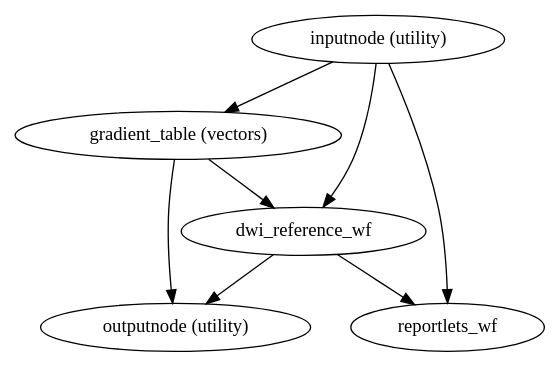
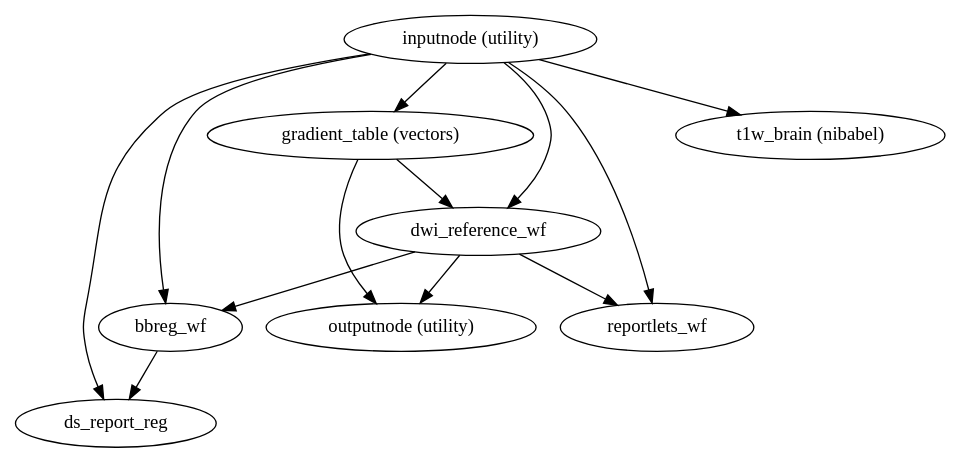
One commit to nipreps/dmriprep changed the diagram in wf_directive/api/dwi_preproc_wf/dmriprep-workflows-dwi-base-1.dot. Above: the diagram before and after it, drawn with Graphviz. The commit also changed 382 other files, not shown here.

```diff
--- a/wf_directive/api/dwi_preproc_wf/dmriprep-workflows-dwi-base-1.dot
+++ b/wf_directive/api/dwi_preproc_wf/dmriprep-workflows-dwi-base-1.dot
@@ -1,14 +1,22 @@
 strict digraph  {
 "inputnode (utility)";
 "gradient_table (vectors)";
 dwi_reference_wf;
+bbreg_wf;
+"t1w_brain (nibabel)";
+ds_report_reg;
 reportlets_wf;
 "outputnode (utility)";
 "inputnode (utility)" -> "gradient_table (vectors)";
 "inputnode (utility)" -> dwi_reference_wf;
+"inputnode (utility)" -> bbreg_wf;
+"inputnode (utility)" -> "t1w_brain (nibabel)";
+"inputnode (utility)" -> ds_report_reg;
 "inputnode (utility)" -> reportlets_wf;
 "gradient_table (vectors)" -> dwi_reference_wf;
 "gradient_table (vectors)" -> "outputnode (utility)";
 dwi_reference_wf -> "outputnode (utility)";
+dwi_reference_wf -> bbreg_wf;
 dwi_reference_wf -> reportlets_wf;
+bbreg_wf -> ds_report_reg;
 }
```
